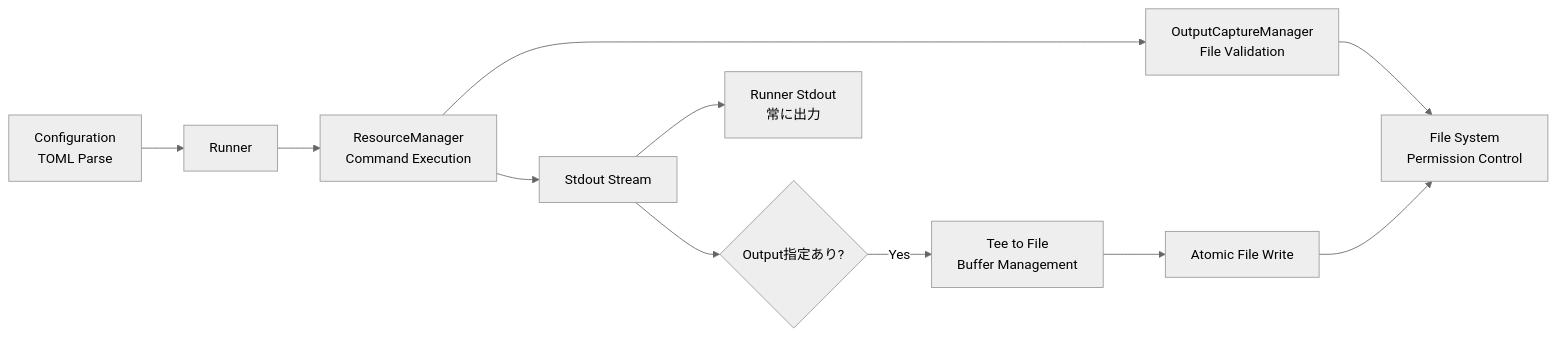
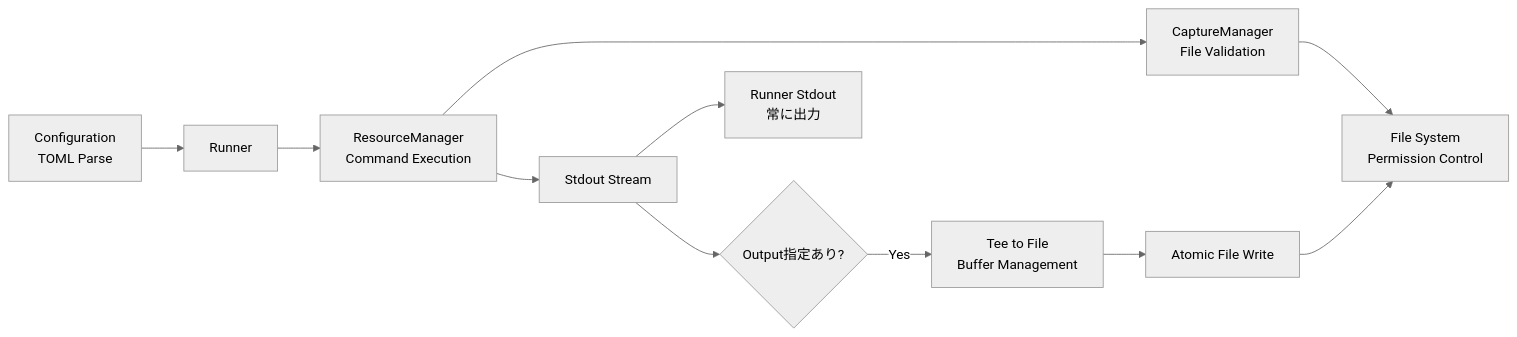
One commit to isseis/go-safe-cmd-runner changed the second of 11 diagrams in docs/tasks/0025_command_output/02_architecture.md. Above: the diagram before and after it, drawn with Mermaid (neutral theme). The commit also changed other lines of this file and 8 other files, not shown here.

First line of the commit message:
Add initial output capture types, interfaces, tests and update docs/plans

````diff
--- a/docs/tasks/0025_command_output/02_architecture.md
+++ b/docs/tasks/0025_command_output/02_architecture.md
@@ -37,14 +37,14 @@
 ```mermaid
 graph LR
     A[Configuration<br/>TOML Parse] --> B[Runner]
     B --> C[ResourceManager<br/>Command Execution]
-    C --> D[OutputCaptureManager<br/>File Validation]
+    C --> D[CaptureManager<br/>File Validation]
     D --> E[File System<br/>Permission Control]
 
     C --> F[Stdout Stream]
     F --> G[Runner Stdout<br/>常に出力]
     F --> H{Output指定あり?}
     H -->|Yes| I[Tee to File<br/>Buffer Management]
     I --> J[Atomic File Write]
     J --> E
 ```
````
